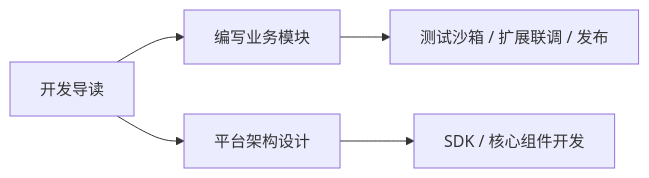
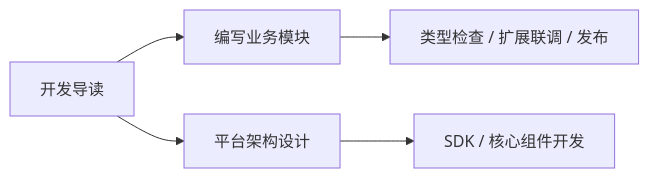
One commit to DogeLakeDev/ScriptsForMinecraftServer changed the diagram in docs/zh/dev/index.mdx. Above: the diagram before and after it, drawn with Mermaid. The commit also changed other lines of this file and 8 other files, not shown here.

````diff
--- a/docs/zh/dev/index.mdx
+++ b/docs/zh/dev/index.mdx
@@ -7,7 +7,7 @@
 ```mermaid
 flowchart LR
   A[开发导读] --> B[编写业务模块]
-  B --> C[测试沙箱 / 扩展联调 / 发布]
+  B --> C[类型检查 / 扩展联调 / 发布]
   A --> D[平台架构设计]
   D --> E[SDK / 核心组件开发]
 ```
````
